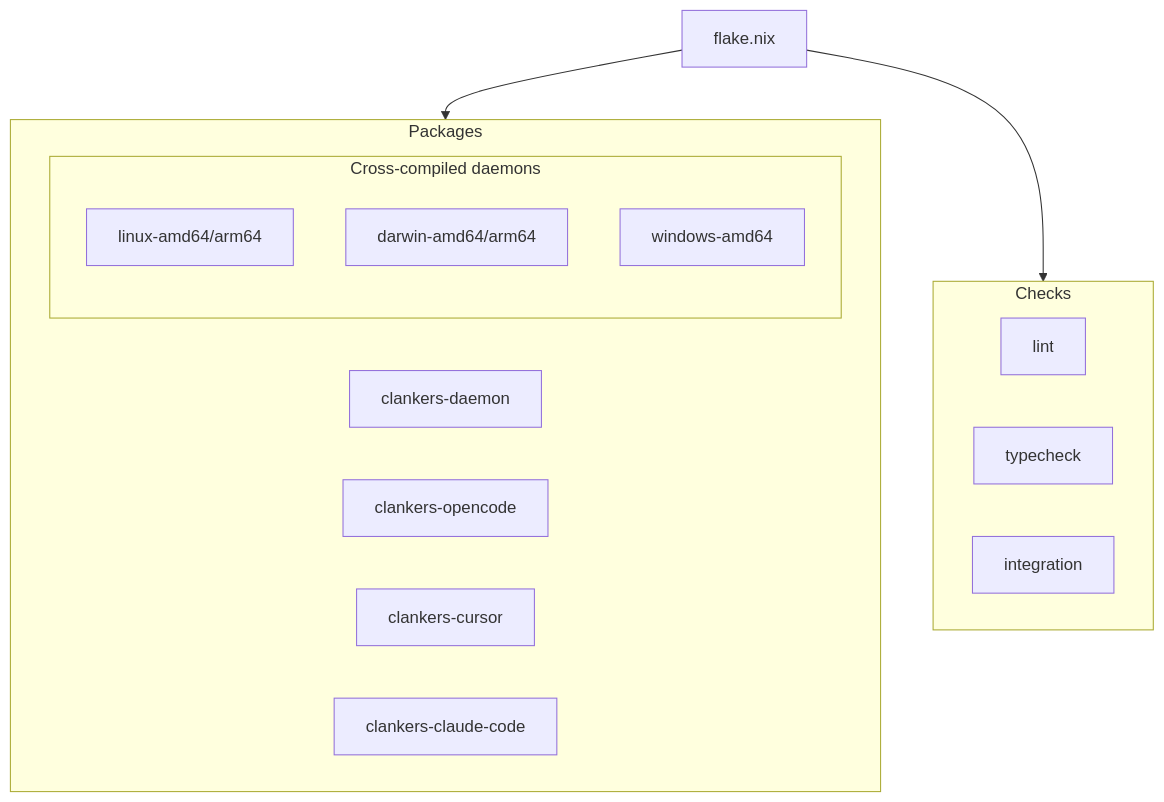
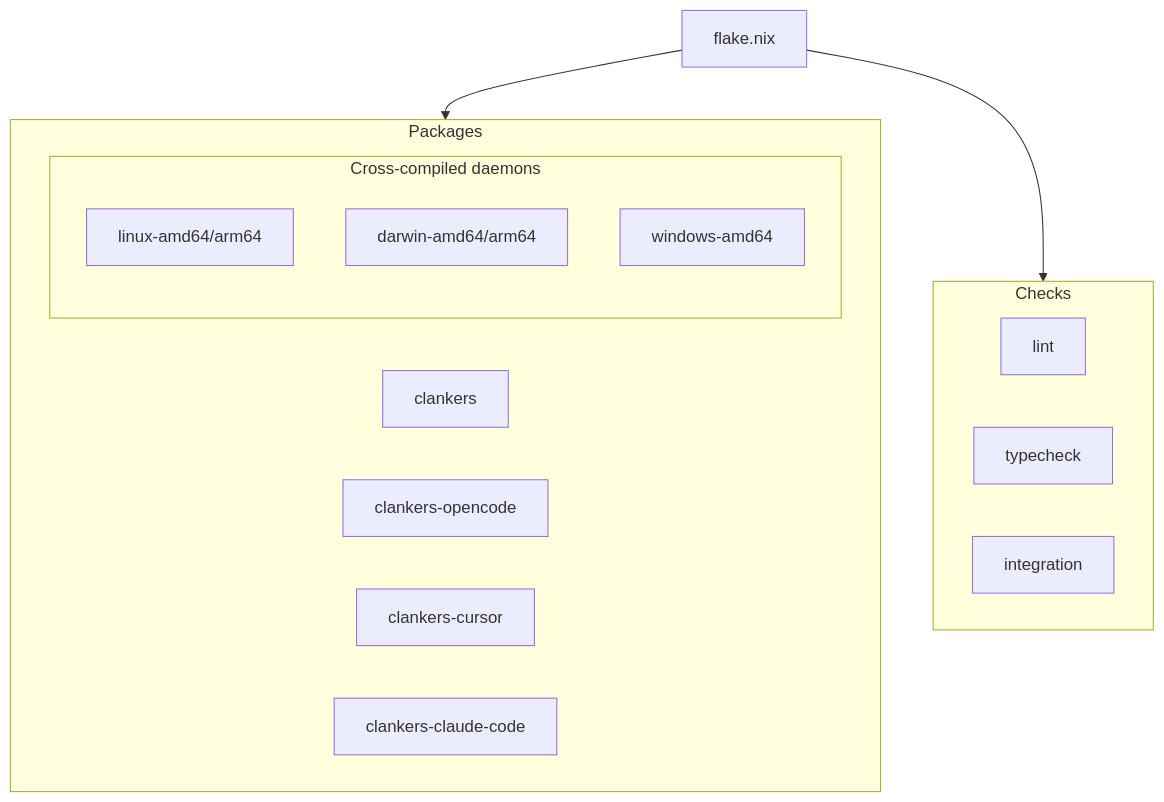
The diagram in lode/build/overview.md (dxta-dev/clankers), drawn with Mermaid before and after one commit. The commit also changed other lines of this file and 17 other files, not shown here.

````diff
--- a/lode/build/overview.md
+++ b/lode/build/overview.md
@@ -123,25 +123,25 @@
 ```mermaid
 flowchart TB
   Flake[flake.nix]
   
   subgraph Packages
-    Daemon[clankers-daemon]
+    Daemon[clankers]
     subgraph Cross[Cross-compiled daemons]
       Linux[linux-amd64/arm64]
       Darwin[darwin-amd64/arm64]
       Windows[windows-amd64]
     end
     OpenCode[clankers-opencode]
     Cursor[clankers-cursor]
     Claude[clankers-claude-code]
   end
   
   subgraph Checks
     Lint[lint]
     TypeCheck[typecheck]
     Integration[integration]
   end
   
   Flake --> Packages
   Flake --> Checks
 ```
````
